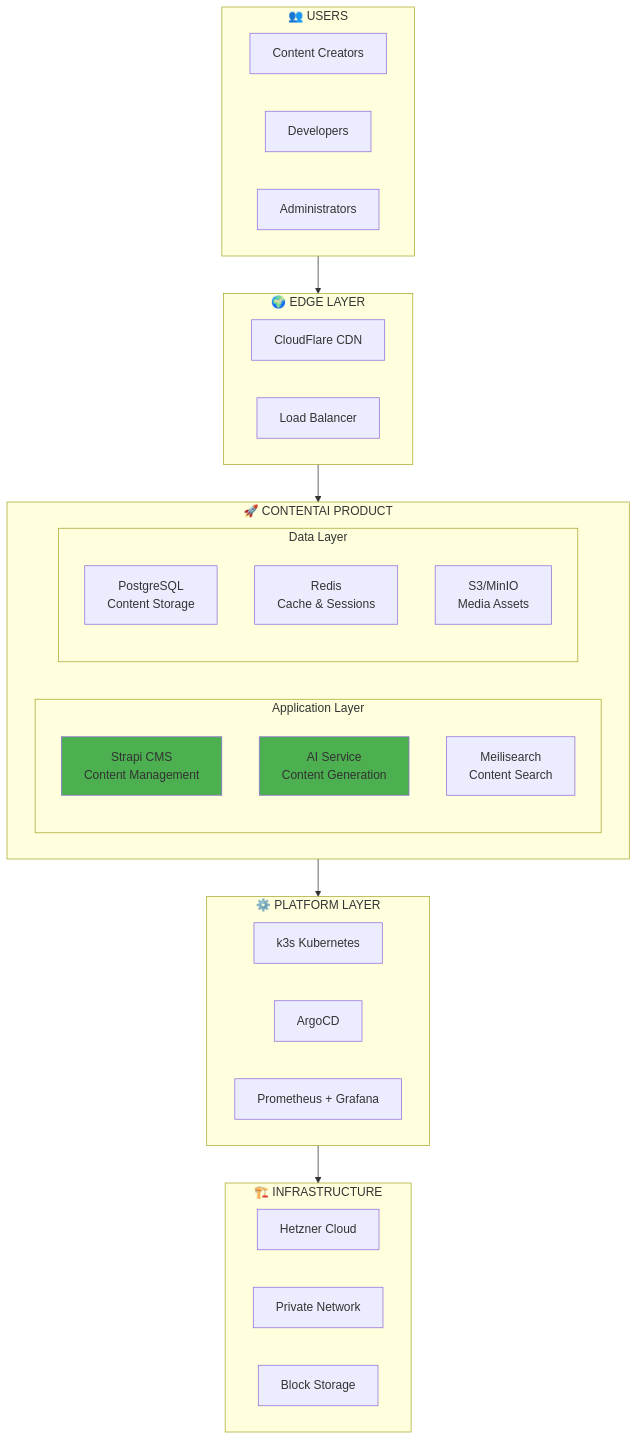
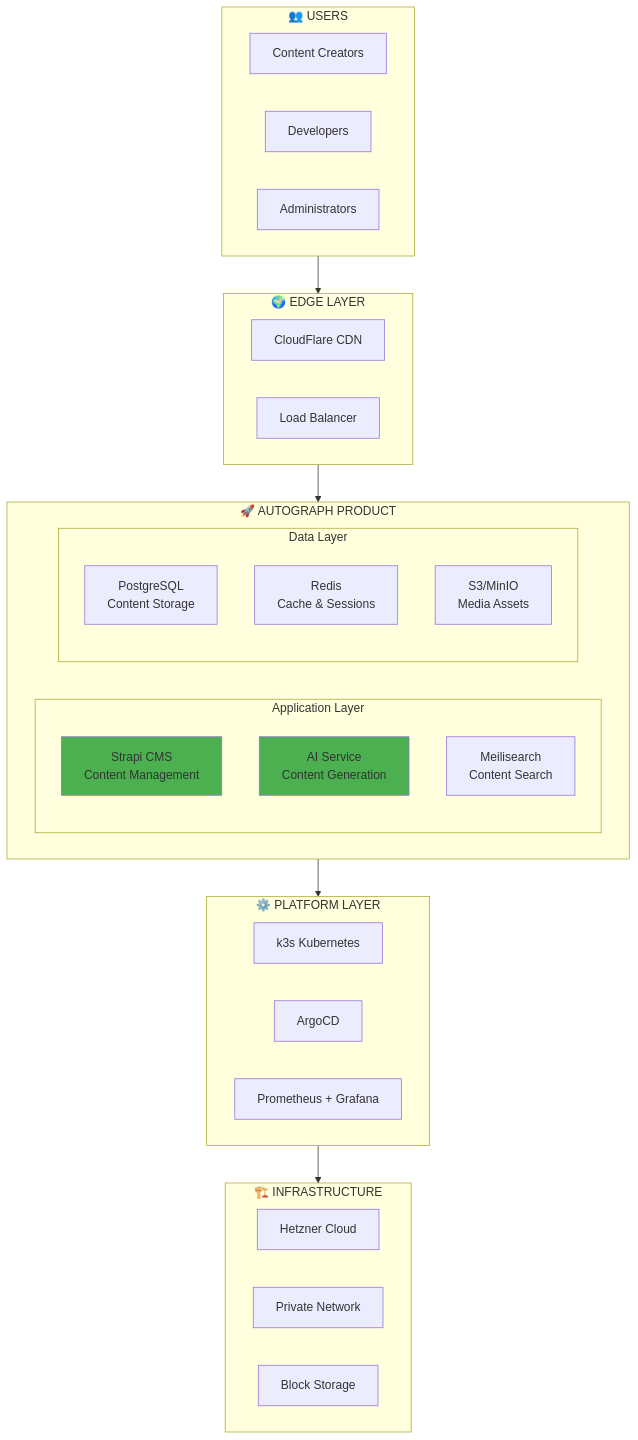
Before and after one commit to PearlThoughtsInternship/Internship-Obsidian-Vault: the first of 11 diagrams in DevOps/02-Engineering/01-Architecture.md, drawn with Mermaid. The commit also changed 7 other files, not shown here.

````diff
--- a/DevOps/02-Engineering/01-Architecture.md
+++ b/DevOps/02-Engineering/01-Architecture.md
@@ -14,45 +14,45 @@
 ```mermaid
 flowchart TB
     subgraph Users["👥 USERS"]
         Creator["Content Creators"]
         Dev["Developers"]
         Admin["Administrators"]
     end
 
     subgraph Edge["🌍 EDGE LAYER"]
         CDN["CloudFlare CDN"]
         LB["Load Balancer"]
     end
 
-    subgraph Product["🚀 CONTENTAI PRODUCT"]
+    subgraph Product["🚀 AUTOGRAPH PRODUCT"]
         subgraph App["Application Layer"]
             Strapi["Strapi CMS<br/>Content Management"]
             AI["AI Service<br/>Content Generation"]
             Search["Meilisearch<br/>Content Search"]
         end
 
         subgraph Data["Data Layer"]
             PG["PostgreSQL<br/>Content Storage"]
             Redis["Redis<br/>Cache & Sessions"]
             S3["S3/MinIO<br/>Media Assets"]
         end
     end
 
     subgraph Platform["⚙️ PLATFORM LAYER"]
         K8s["k3s Kubernetes"]
         GitOps["ArgoCD"]
         Obs["Prometheus + Grafana"]
     end
 
     subgraph Infra["🏗️ INFRASTRUCTURE"]
         VMs["Hetzner Cloud"]
         Network["Private Network"]
         Storage["Block Storage"]
     end
 
     Users --> Edge --> Product
     Product --> Platform --> Infra
 
     style Strapi fill:#4CAF50
     style AI fill:#4CAF50
 ```
````
